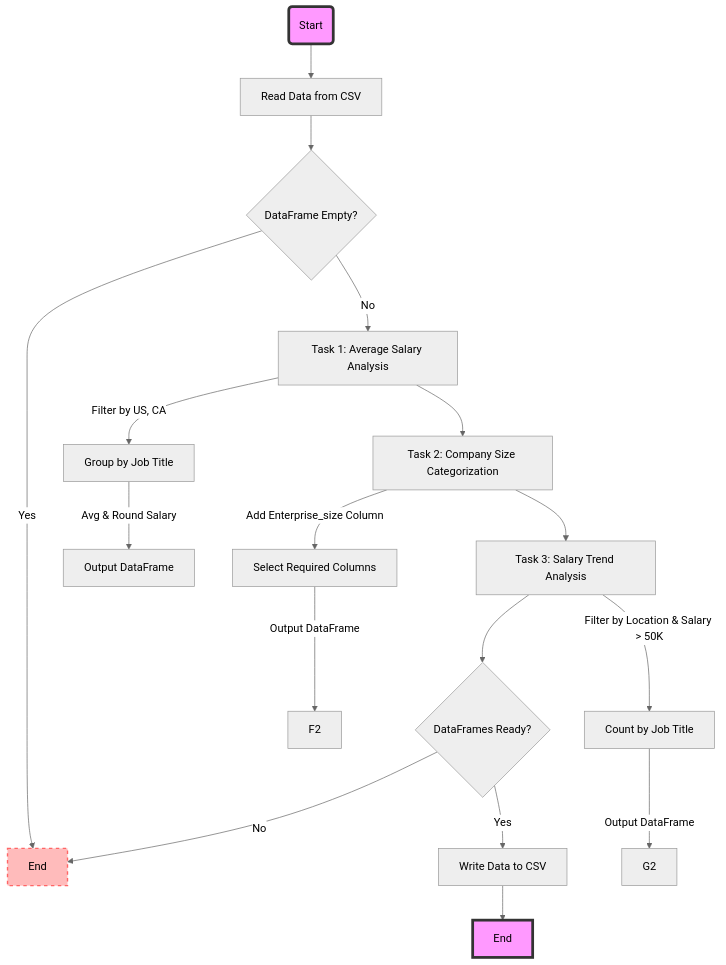
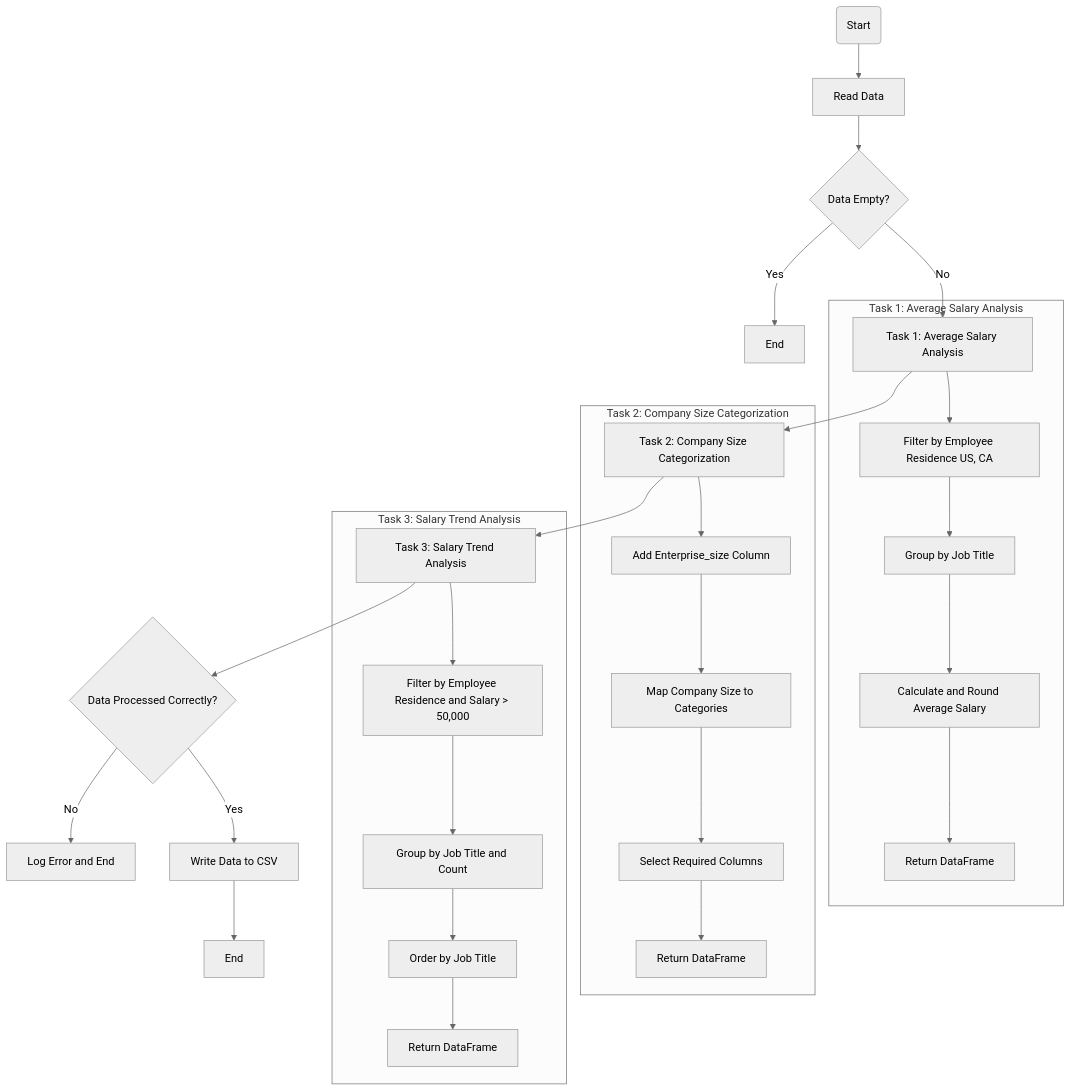
Before and after one commit to ashudas0110/Data_Engineering: the second of 2 diagrams in Spark/Data Scientist Salaries Analysis/README.md, drawn with Mermaid (neutral theme). The commit also changed other lines of this file, not shown here.

````diff
--- a/Spark/Data Scientist Salaries Analysis/README.md
+++ b/Spark/Data Scientist Salaries Analysis/README.md
@@ -262,30 +263,34 @@
 ```mermaid
 graph TD
-    A(Start) --> B[Read Data from CSV]
-
-    B --> C{DataFrame Empty?}
+    A(Start) --> B[Read Data]
+    B --> C{Data Empty?}
     C -->|Yes| D[End]
     C -->|No| E[Task 1: Average Salary Analysis]
-    
     E --> F[Task 2: Company Size Categorization]
     F --> G[Task 3: Salary Trend Analysis]
-    
-    G --> H{DataFrames Ready?}
-    H -->|No| D
-    H -->|Yes| I[Write Data to CSV]
-    
-    I --> J[End]
+    G --> H{Data Processed Correctly?}
+    H -->|No| I[Log Error and End]
+    H -->|Yes| J[Write Data to CSV]
+    J --> K[End]
 
-    E -->|Filter by US, CA| E1[Group by Job Title]
-    E1 -->|Avg & Round Salary| E2[Output DataFrame]
+    subgraph Task 1: Average Salary Analysis
+    E --> E1[Filter by Employee Residence US, CA]
+    E1 --> E2[Group by Job Title]
+    E2 --> E3[Calculate and Round Average Salary]
+    E3 --> E4[Return DataFrame]
+    end
 
-    F -->|Add Enterprise_size Column| F1[Select Required Columns]
-    F1 -->|Output DataFrame| F2
+    subgraph Task 2: Company Size Categorization
+    F --> F1[Add Enterprise_size Column]
+    F1 --> F2[Map Company Size to Categories]
+    F2 --> F3[Select Required Columns]
+    F3 --> F4[Return DataFrame]
+    end
 
-    G -->|Filter by Location & Salary > 50K| G1[Count by Job Title]
-    G1 -->|Output DataFrame| G2
-
-    style A fill:#f9f,stroke:#333,stroke-width:4px
-    style J fill:#f9f,stroke:#333,stroke-width:4px
-    style D fill:#fbb,stroke:#f66,stroke-width:2px,stroke-dasharray: 5, 5
+    subgraph Task 3: Salary Trend Analysis
+    G --> G1[Filter by Employee Residence and Salary > 50,000]
+    G1 --> G2[Group by Job Title and Count]
+    G2 --> G3[Order by Job Title]
+    G3 --> G4[Return DataFrame]
+    end
 ```
````
